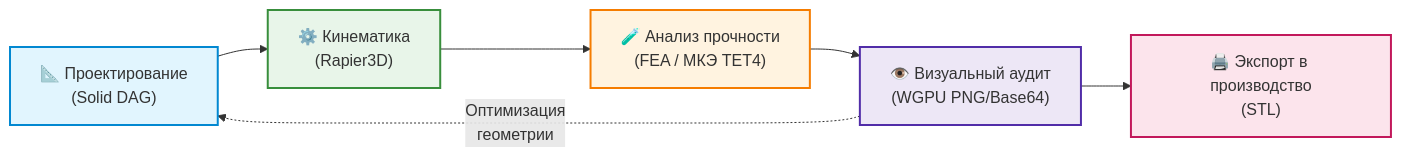
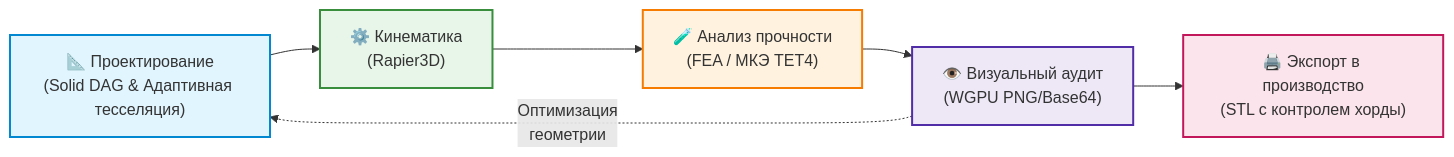
Before and after one commit to hofabetlife/chordvibe-cad-mcp: the first of 2 diagrams in README.md, drawn with Mermaid. The commit also changed other lines of this file and 34 other files, not shown here.

````diff
--- a/README.md
+++ b/README.md
@@ -30,14 +31,14 @@
 ```mermaid
 flowchart LR
-    A["📐 Проектирование<br/>(Solid DAG)"] --> B["⚙️ Кинематика<br/>(Rapier3D)"]
+    A["📐 Проектирование<br/>(Solid DAG & Адаптивная тесселяция)"] --> B["⚙️ Кинематика<br/>(Rapier3D)"]
     B --> C["🧪 Анализ прочности<br/>(FEA / МКЭ TET4)"]
     C --> D["👁️ Визуальный аудит<br/>(WGPU PNG/Base64)"]
-    D --> E["🖨️ Экспорт в производство<br/>(STL)"]
+    D --> E["🖨️ Экспорт в производство<br/>(STL с контролем хорды)"]
     D -.->|"Оптимизация<br/>геометрии"| A
 
     style A fill:#e1f5fe,stroke:#0288d1,stroke-width:2px
     style B fill:#e8f5e9,stroke:#388e3c,stroke-width:2px
     style C fill:#fff3e0,stroke:#f57c00,stroke-width:2px
     style D fill:#ede7f6,stroke:#512da8,stroke-width:2px
     style E fill:#fce4ec,stroke:#c2185b,stroke-width:2px
 ```
````
